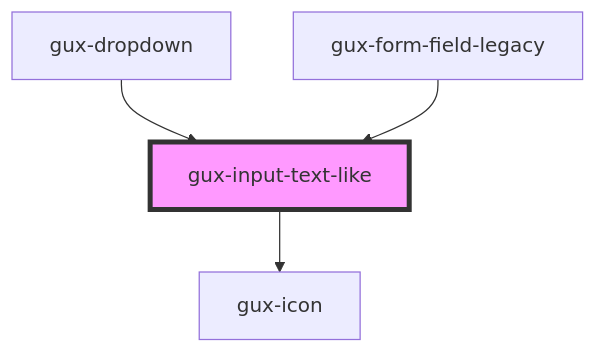
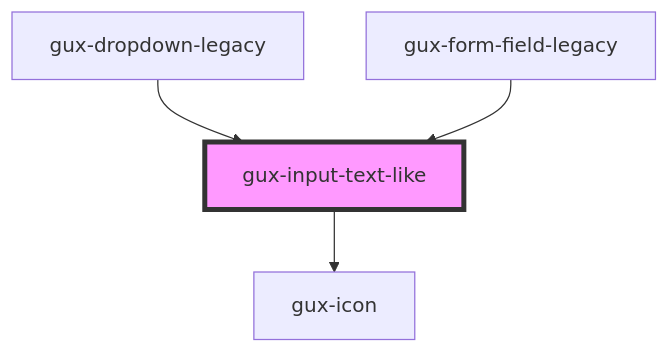
The diagram in src/components/legacy/gux-form-field-legacy/components/gux-input-text-like/readme.md (MyPureCloud/genesys-spark), drawn with Mermaid before and after one commit. The commit also changed other lines of this file and 96 other files, not shown here.

````diff
--- a/src/components/legacy/gux-form-field-legacy/components/gux-input-text-like/readme.md
+++ b/src/components/legacy/gux-form-field-legacy/components/gux-input-text-like/readme.md
@@ -32,7 +32,7 @@
 ```mermaid
 graph TD;
   gux-input-text-like --> gux-icon
-  gux-dropdown --> gux-input-text-like
+  gux-dropdown-legacy --> gux-input-text-like
   gux-form-field-legacy --> gux-input-text-like
   style gux-input-text-like fill:#f9f,stroke:#333,stroke-width:4px
 ```
````
